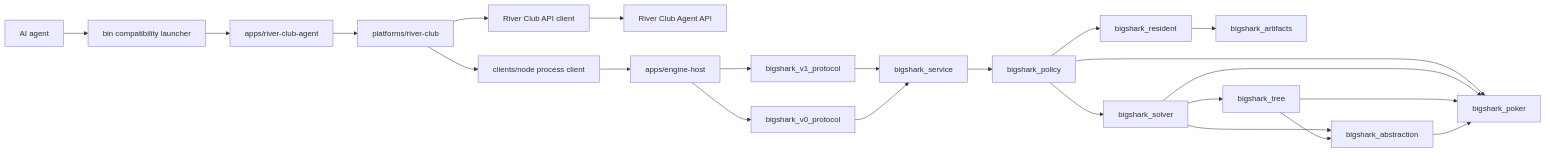
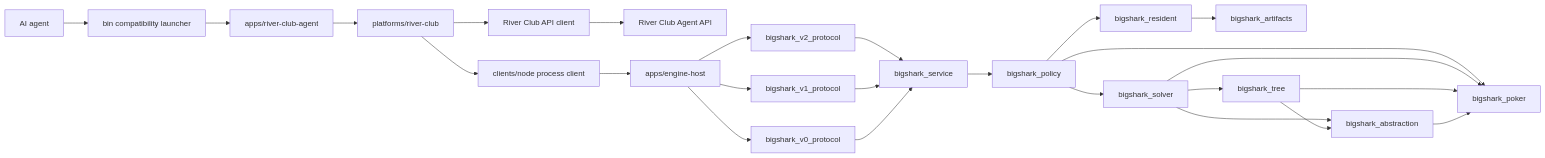
Before and after one commit to Zzzode/BigShark: the diagram in docs/architecture/system-overview.md, drawn with Mermaid. The commit also changed other lines of this file and 18 other files, not shown here.

````diff
--- a/docs/architecture/system-overview.md
+++ b/docs/architecture/system-overview.md
@@ -30,25 +39,27 @@
 ```mermaid
 flowchart LR
   Agent[AI agent] --> Launcher[bin compatibility launcher]
   Launcher --> Runner[apps/river-club-agent]
   Runner --> River[platforms/river-club]
   River --> CLI[River Club API client]
   CLI --> API[River Club Agent API]
   River --> Client[clients/node process client]
   Client --> Host[apps/engine-host]
+  Host --> V2[bigshark_v2_protocol]
   Host --> V1[bigshark_v1_protocol]
   Host --> V0[bigshark_v0_protocol]
-  V1 --> Service[bigshark_service]
+  V2 --> Service[bigshark_service]
+  V1 --> Service
   V0 --> Service
   Service --> Policy[bigshark_policy]
   Policy --> Resident[bigshark_resident]
   Resident --> Artifacts[bigshark_artifacts]
   Policy --> Solver[bigshark_solver]
   Policy --> Poker[bigshark_poker]
   Solver --> Tree[bigshark_tree]
   Solver --> Abstraction[bigshark_abstraction]
   Solver --> Poker
   Tree --> Abstraction
   Tree --> Poker
   Abstraction --> Poker
 ```
````
